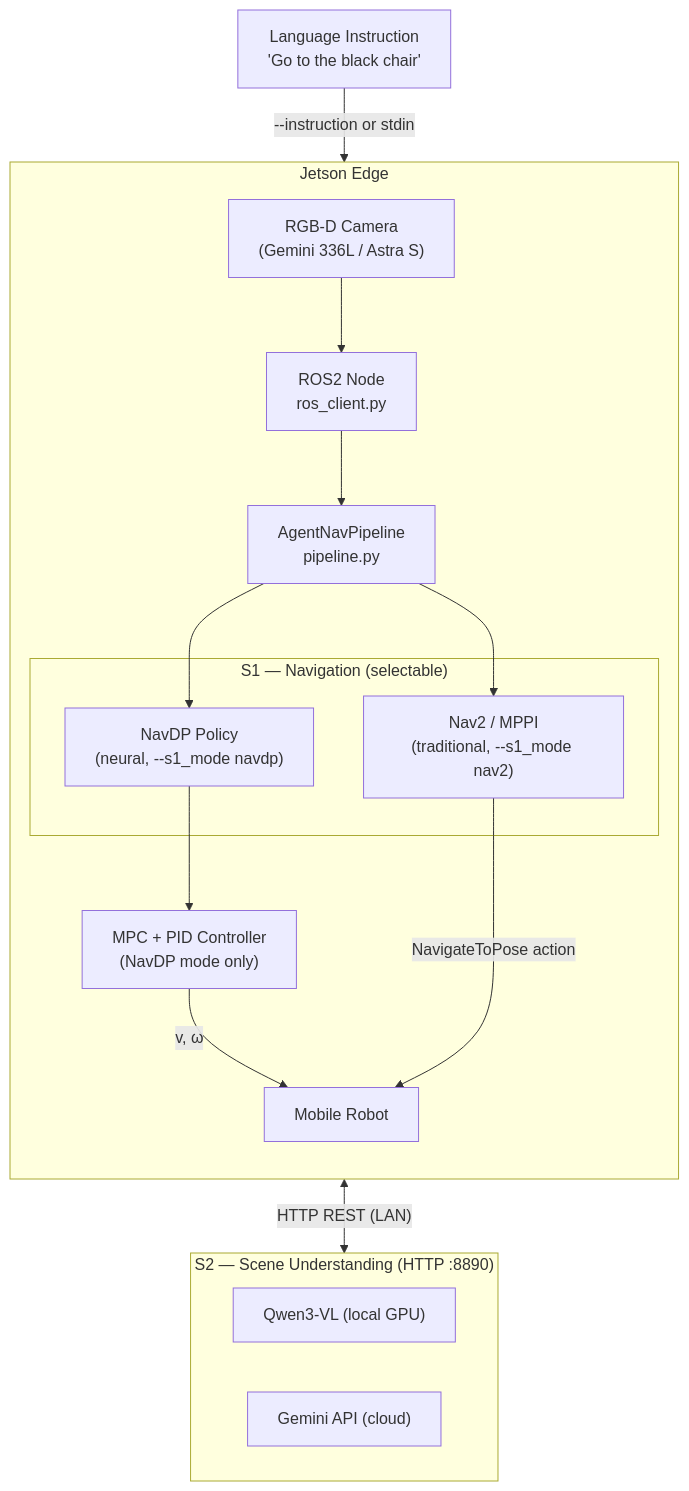
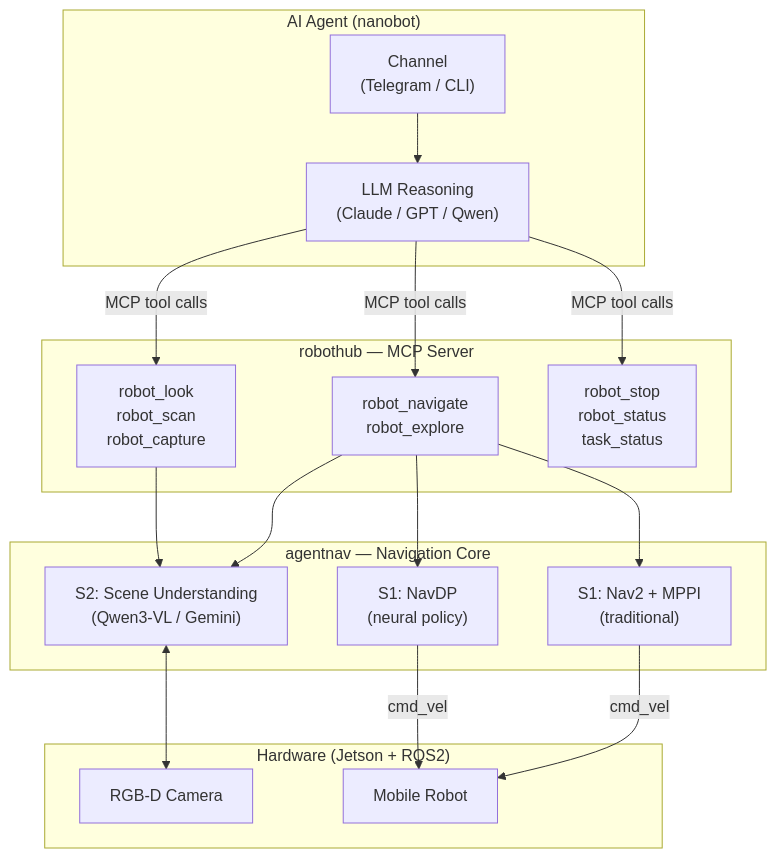
Before and after one commit to TingdeLiu/AgentNav: the diagram in README.md, drawn with Mermaid. The commit also changed other lines of this file, not shown here.

Commit message:
rewrite README: agentic navigation framing + MCP tool reference

````diff
--- a/README.md
+++ b/README.md
@@ -49,32 +65,31 @@
 ```mermaid
 graph TB
-    subgraph S2_Backend["S2 — Scene Understanding (HTTP :8890)"]
-        direction LR
-        QWEN["Qwen3-VL (local GPU)"]
-        GEMINI["Gemini API (cloud)"]
+    subgraph Agent["AI Agent (nanobot)"]
+        LLM["LLM Reasoning\n(Claude / GPT / Qwen)"]
+        CHAN["Channel\n(Telegram / CLI)"]
     end
 
-    subgraph Jetson["Jetson Edge"]
-        direction TB
-        CAM["RGB-D Camera<br/>(Gemini 336L / Astra S)"]
-        ROS["ROS2 Node<br/>ros_client.py"]
-        PIPE["AgentNavPipeline<br/>pipeline.py"]
-
-        subgraph S1_Options["S1 — Navigation (selectable)"]
-            NAVDP["NavDP Policy<br/>(neural, --s1_mode navdp)"]
-            NAV2["Nav2 / MPPI<br/>(traditional, --s1_mode nav2)"]
-        end
-
-        CTRL["MPC + PID Controller<br/>(NavDP mode only)"]
-        ROBOT["Mobile Robot"]
-
-        CAM --> ROS
-        ROS --> PIPE
-        PIPE --> NAVDP --> CTRL -->|"v, ω"| ROBOT
-        PIPE --> NAV2 -->|"NavigateToPose action"| ROBOT
+    subgraph RoboHub["robothub — MCP Server"]
+        LOOK["robot_look\nrobot_scan\nrobot_capture"]
+        NAV["robot_navigate\nrobot_explore"]
+        CTRL["robot_stop\nrobot_status\ntask_status"]
     end
 
-    USER["Language Instruction<br/>'Go to the black chair'"]
-    USER -->|"--instruction or stdin"| ROS
-    PIPE <-->|"HTTP REST (LAN)"| S2_Backend
+    subgraph Core["agentnav — Navigation Core"]
+        S2["S2: Scene Understanding\n(Qwen3-VL / Gemini)"]
+        S1A["S1: NavDP\n(neural policy)"]
+        S1B["S1: Nav2 + MPPI\n(traditional)"]
+    end
+
+    subgraph HW["Hardware (Jetson + ROS2)"]
+        CAM["RGB-D Camera"]
+        ROBOT["Mobile Robot"]
+    end
+
+    CHAN --> LLM
+    LLM -->|MCP tool calls| LOOK & NAV & CTRL
+    LOOK & NAV --> S2
+    NAV --> S1A & S1B
+    S2 <--> CAM
+    S1A & S1B -->|cmd_vel| ROBOT
 ```
````
